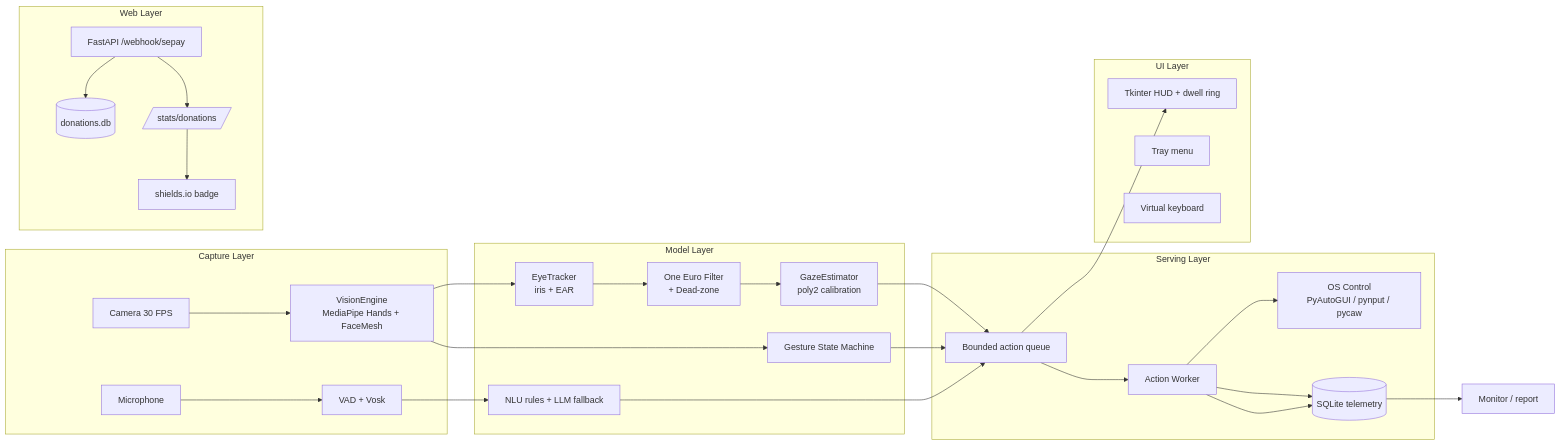
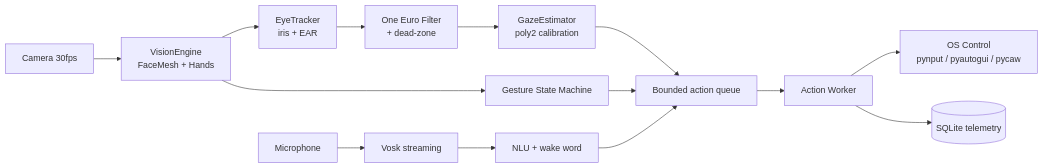
The diagram in README.md (shirmtry/tieu-vu), drawn with Mermaid before and after one commit. The commit also changed other lines of this file and 1 other file, not shown here.

````diff
--- a/README.md
+++ b/README.md
@@ -248,40 +155,16 @@
 ```mermaid
 flowchart LR
-    subgraph Capture["Capture Layer"]
-        CAM[Camera 30 FPS] --> VE[VisionEngine<br/>MediaPipe Hands + FaceMesh]
-        MIC[Microphone] --> VAD[VAD + Vosk]
-    end
-
-    subgraph Model["Model Layer"]
-        VE --> ET[EyeTracker<br/>iris + EAR]
-        ET --> GF[One Euro Filter<br/>+ Dead-zone]
-        GF --> GE[GazeEstimator<br/>poly2 calibration]
-        VE --> SG[Gesture State Machine]
-        VAD --> NLU[NLU rules + LLM fallback]
-    end
-
-    subgraph Serve["Serving Layer"]
-        GE --> AQ[Bounded action queue]
-        SG --> AQ
-        NLU --> AQ
-        AQ --> AW[Action Worker]
-        AW --> OS[OS Control<br/>PyAutoGUI / pynput / pycaw]
-        AW --> TEL[(SQLite telemetry)]
-    end
-
-    subgraph Cloud["Web Layer"]
-        WH[FastAPI /webhook/sepay] --> DB[(donations.db)]
-        WH --> STATS[/stats/donations/]
-        STATS --> BADGE[shields.io badge]
-    end
-
-    subgraph UI["UI Layer"]
-        HUD[Tkinter HUD + dwell ring]
-        TRAY[Tray menu]
-        VK[Virtual keyboard]
-    end
-
-    AQ --> HUD
-    AW --> TEL
-    TEL --> MON[Monitor / report]
+    CAM[Camera 30fps] --> VE[VisionEngine<br/>FaceMesh + Hands]
+    MIC[Microphone] --> VAD[Vosk streaming]
+    VE --> ET[EyeTracker<br/>iris + EAR]
+    ET --> GF[One Euro Filter<br/>+ dead-zone]
+    GF --> GE[GazeEstimator<br/>poly2 calibration]
+    VE --> SM[Gesture State Machine]
+    VAD --> NLU[NLU + wake word]
+    GE --> AQ[Bounded action queue]
+    SM --> AQ
+    NLU --> AQ
+    AQ --> AW[Action Worker]
+    AW --> OS[OS Control<br/>pynput / pyautogui / pycaw]
+    AW --> TEL[(SQLite telemetry)]
 ```
````
